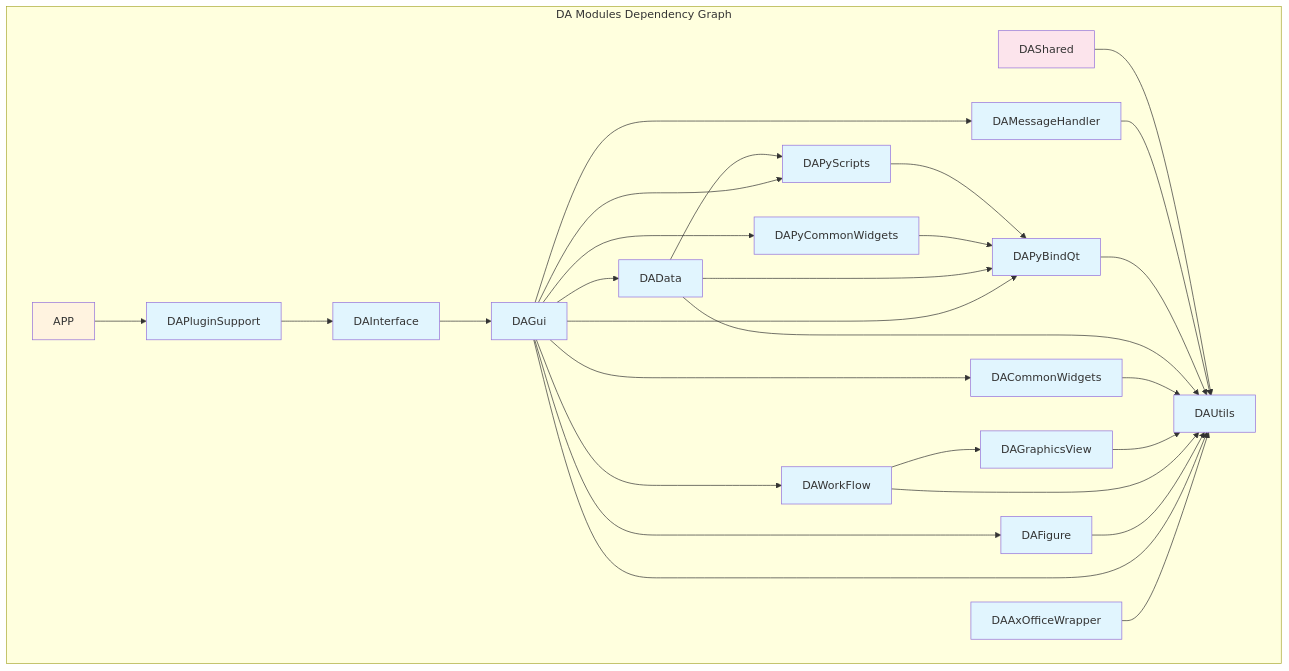
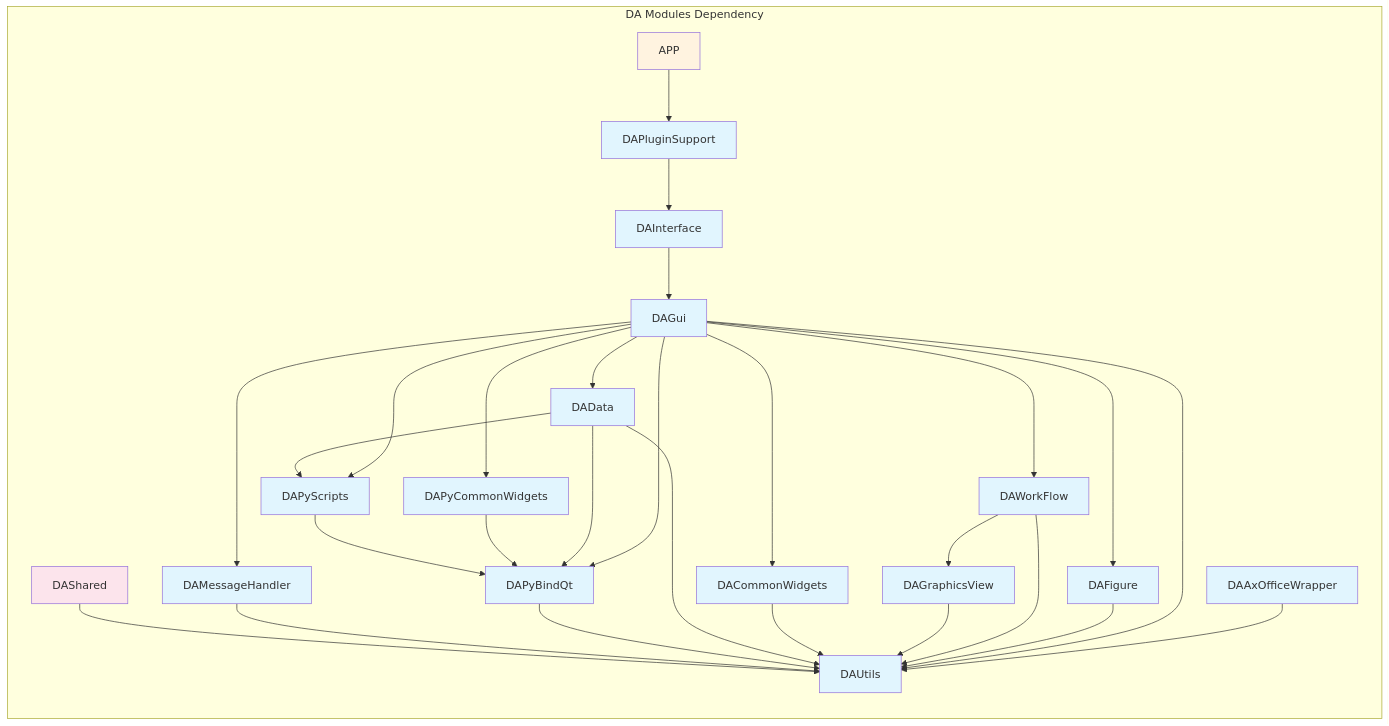
Before and after one commit to czyt1988/data-workbench: the diagram in docs/zh/dev-guide/module-dependency.md, drawn with Mermaid. The commit also changed 1 other file, not shown here.

Commit message:
设置第三方库的编译强制为安装目录

````diff
--- a/docs/zh/dev-guide/module-dependency.md
+++ b/docs/zh/dev-guide/module-dependency.md
@@ -32,65 +32,65 @@
 ``` mermaid
-graph TD
-    subgraph "DA Modules Dependency Graph"
+graph BT
+    subgraph "DA Modules Dependency"
         DAUtils
         DAShared
         DAMessageHandler
         DAPyBindQt
         DAPyScripts
         DAPyCommonWidgets
         DAData
         DACommonWidgets
         DAGraphicsView
         DAWorkFlow
         DAFigure
         DAGui
         DAInterface
         DAPluginSupport
         DAAxOfficeWrapper
         APP
         
         DAShared --> DAUtils
         DAMessageHandler --> DAUtils
         DAPyBindQt --> DAUtils
         DAPyScripts --> DAPyBindQt
         DAPyCommonWidgets --> DAPyBindQt
         DAData --> DAUtils
         DAData --> DAPyBindQt
         DAData --> DAPyScripts
         DACommonWidgets --> DAUtils
         DAGraphicsView --> DAUtils
         DAWorkFlow --> DAUtils
         DAWorkFlow --> DAGraphicsView
         DAFigure --> DAUtils
         DAGui --> DAUtils
         DAGui --> DAMessageHandler
         DAGui --> DAData
         DAGui --> DACommonWidgets
         DAGui --> DAWorkFlow
         DAGui --> DAFigure
         DAGui --> DAPyBindQt
         DAGui --> DAPyScripts
         DAGui --> DAPyCommonWidgets
         DAInterface --> DAGui
         DAPluginSupport --> DAInterface
         DAAxOfficeWrapper --> DAUtils
         APP --> DAPluginSupport
     end
     
     style DAUtils fill:#e1f5fe
     style DAShared fill:#fce4ec
     style DAMessageHandler fill:#e1f5fe
     style DAPyBindQt fill:#e1f5fe
     style DAPyScripts fill:#e1f5fe
     style DAPyCommonWidgets fill:#e1f5fe
     style DAData fill:#e1f5fe
     style DACommonWidgets fill:#e1f5fe
     style DAGraphicsView fill:#e1f5fe
     style DAWorkFlow fill:#e1f5fe
     style DAFigure fill:#e1f5fe
     style DAGui fill:#e1f5fe
     style DAInterface fill:#e1f5fe
     style DAPluginSupport fill:#e1f5fe
     style DAAxOfficeWrapper fill:#e1f5fe
     style APP fill:#fff3e0
 ```
````
